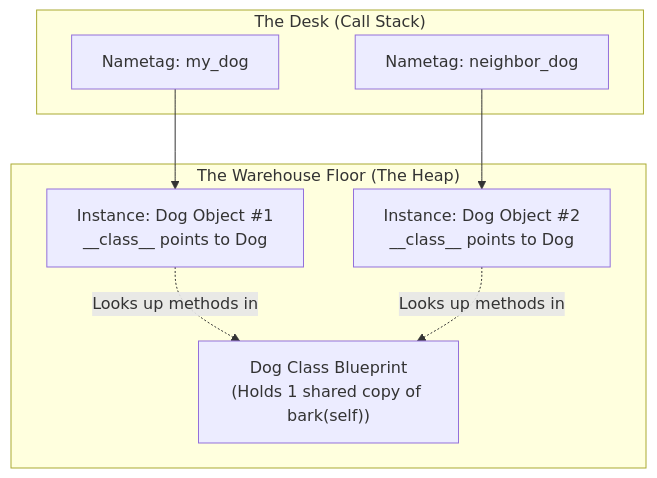
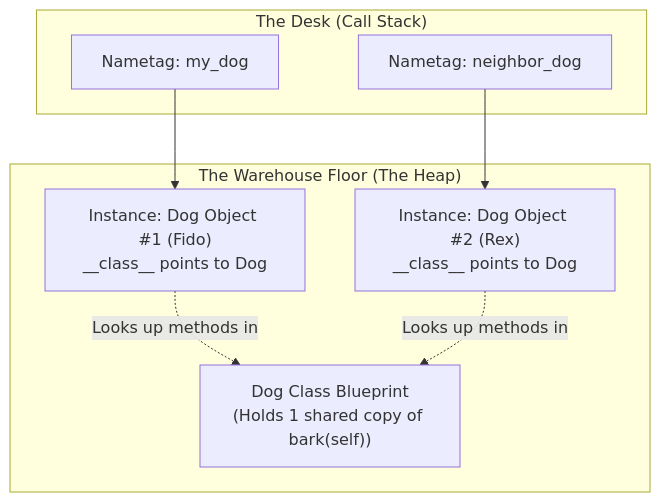
One commit to reddykarthikeya1/AI-Systems-Mastery changed the fourth of 5 diagrams in 01-Python-Mastery/00-The-Python-Mental-Model-Visual-Map.md. Above: the diagram before and after it, drawn with Mermaid. The commit also changed other lines of this file and 53 other files, not shown here.

````diff
--- a/01-Python-Mastery/00-The-Python-Mental-Model-Visual-Map.md
+++ b/01-Python-Mastery/00-The-Python-Mental-Model-Visual-Map.md
@@ -200,18 +204,18 @@
 ```mermaid
 flowchart TD
     subgraph Call_Stack ["The Desk (Call Stack)"]
         Tag1["Nametag: my_dog"]
         Tag2["Nametag: neighbor_dog"]
     end
 
     subgraph Heap_Objects ["The Warehouse Floor (The Heap)"]
         Blueprint["Dog Class Blueprint<br/>(Holds 1 shared copy of bark(self))"]
-        Inst1["Instance: Dog Object #1<br/>__class__ points to Dog"]
-        Inst2["Instance: Dog Object #2<br/>__class__ points to Dog"]
+        Inst1["Instance: Dog Object #1 (Fido)<br/>__class__ points to Dog"]
+        Inst2["Instance: Dog Object #2 (Rex)<br/>__class__ points to Dog"]
     end
 
     Tag1 --> Inst1
     Tag2 --> Inst2
     Inst1 -.->|Looks up methods in| Blueprint
     Inst2 -.->|Looks up methods in| Blueprint
 ```
````
